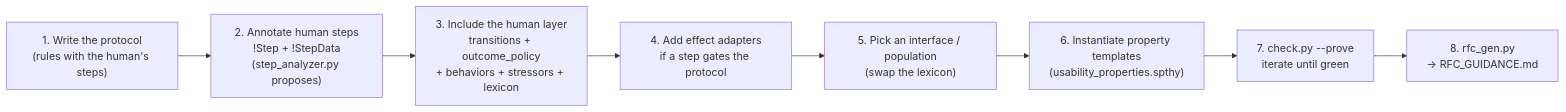
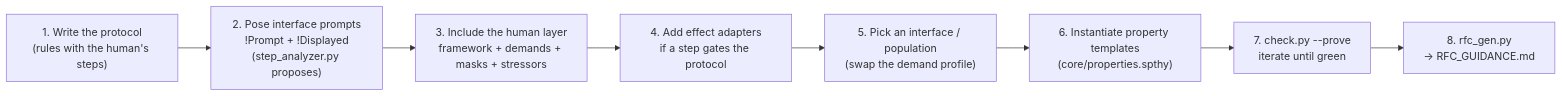
One commit to LarissaGRosa/mcp-usable-security-formal-analysis changed the second of 5 diagrams in tamarin_model/AUTHORING_GUIDE.md. Above: the diagram before and after it, drawn with Mermaid. The commit also changed other lines of this file and 135 other files, not shown here.

First line of the commit message:
tamarin_model: flat-layer core, mistake-only secure_email, pushed-mask perf, cue+recovery stressors

````diff
--- a/tamarin_model/AUTHORING_GUIDE.md
+++ b/tamarin_model/AUTHORING_GUIDE.md
@@ -113,10 +114,10 @@
 ```mermaid
 flowchart LR
-  A["1. Write the protocol<br/>(rules with the human's steps)"] --> B["2. Annotate human steps<br/>!Step + !StepData<br/>(step_analyzer.py proposes)"]
-  B --> C["3. Include the human layer<br/>transitions + outcome_policy<br/>+ behaviors + stressors + lexicon"]
+  A["1. Write the protocol<br/>(rules with the human's steps)"] --> B["2. Pose interface prompts<br/>!Prompt + !Displayed<br/>(step_analyzer.py proposes)"]
+  B --> C["3. Include the human layer<br/>framework + demands + masks + stressors"]
   C --> D["4. Add effect adapters<br/>if a step gates the protocol"]
-  D --> E["5. Pick an interface / population<br/>(swap the lexicon)"]
-  E --> F["6. Instantiate property templates<br/>(usability_properties.spthy)"]
+  D --> E["5. Pick an interface / population<br/>(swap the demand profile)"]
+  E --> F["6. Instantiate property templates<br/>(core/properties.spthy)"]
   F --> G["7. check.py --prove<br/>iterate until green"]
   G --> H["8. rfc_gen.py<br/>→ RFC_GUIDANCE.md"]
 ```
````
